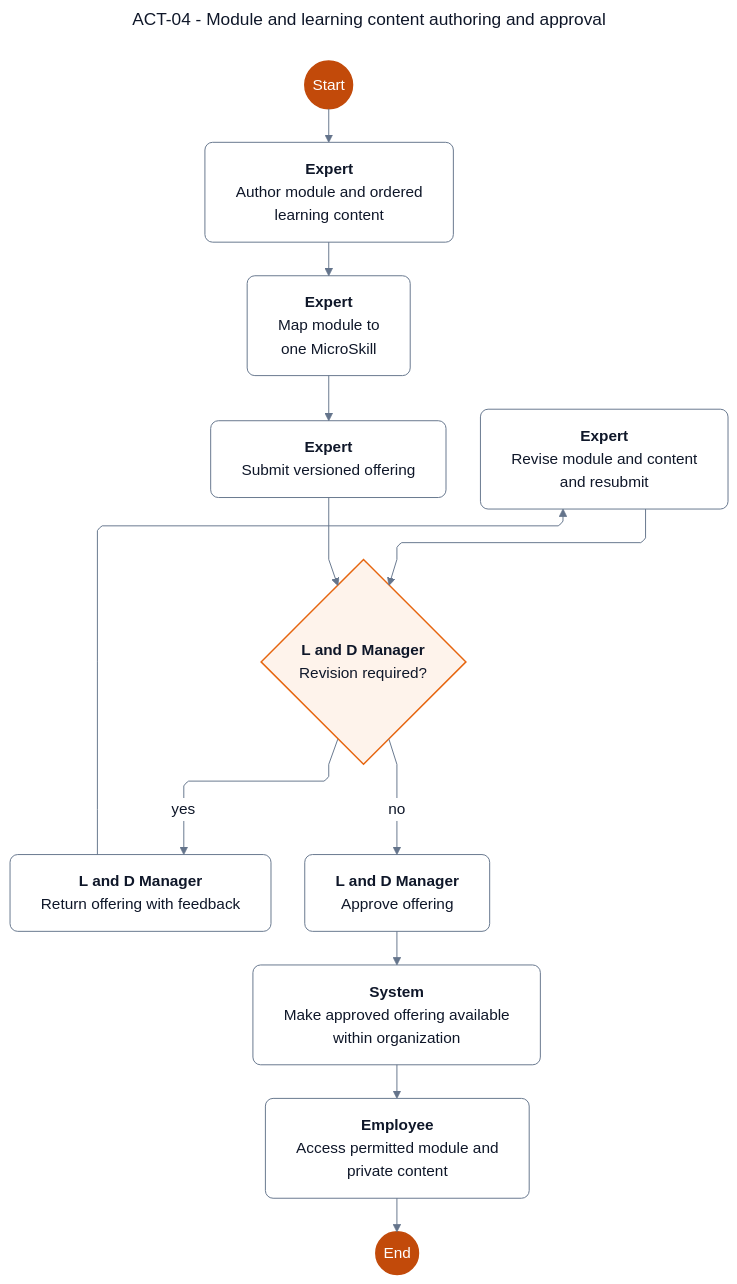
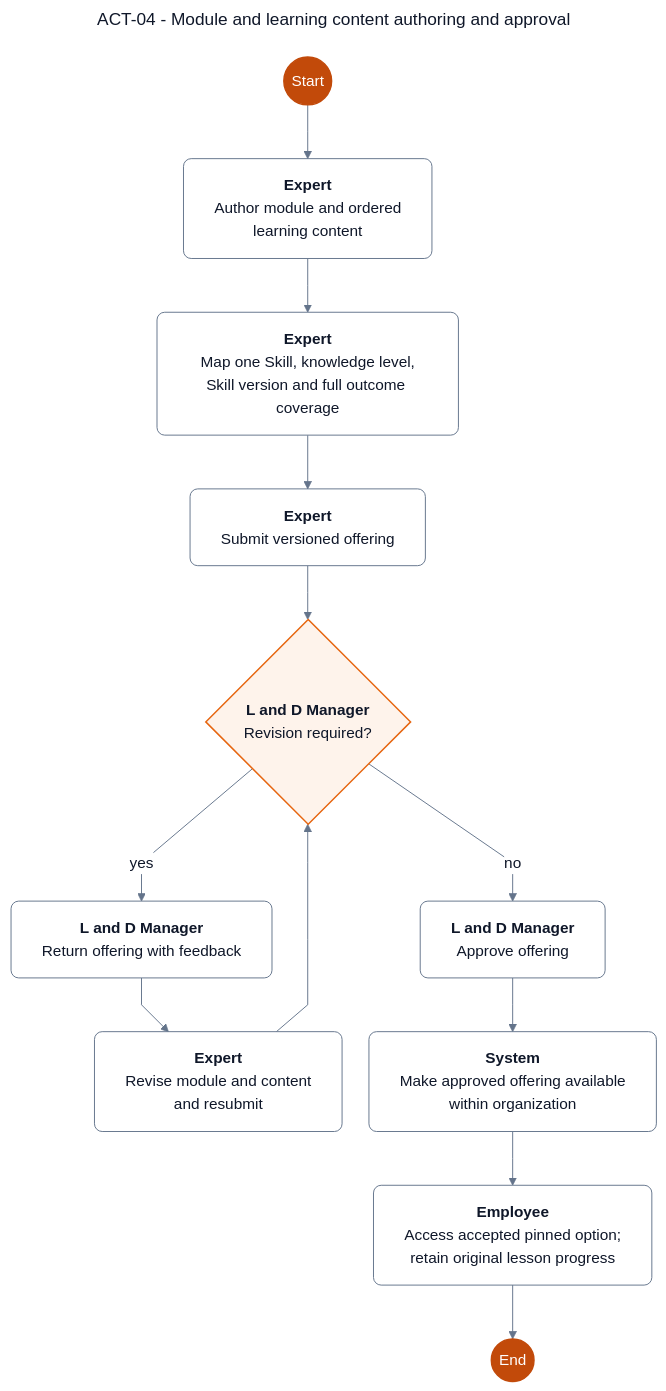
One commit to SEP490-Fall-2026-GFA26SE64/SEP490 changed the diagram in documents/diagrams/mermaid/act-04.mmd. Above: the diagram before and after it, drawn with Mermaid. The commit also changed 233 other files, not shown here.

First line of the commit message:
docs: align adaptive flow contracts and diagrams

```diff
--- a/documents/diagrams/mermaid/act-04.mmd
+++ b/documents/diagrams/mermaid/act-04.mmd
@@ -1,33 +1,34 @@
 ---
 title: "ACT-04 - Module and learning content authoring and approval"
-config: {"theme":"base","fontFamily":"Segoe UI, Arial, sans-serif","themeVariables":{"fontFamily":"Segoe UI, Arial, sans-serif","fontSize":"16px","primaryColor":"#ffffff","primaryTextColor":"#0f1729","primaryBorderColor":"#64748b","secondaryColor":"#fef3eb","tertiaryColor":"#ffffff","lineColor":"#64748b","textColor":"#0f1729","mainBkg":"#ffffff","background":"#ffffff","clusterBkg":"#ffffff","clusterBorder":"#64748b","edgeLabelBackground":"#ffffff","titleColor":"#0f1729","noteBkgColor":"#fef3eb","noteTextColor":"#0f1729","noteBorderColor":"#e6650f","secondaryBorderColor":"#64748b","tertiaryBorderColor":"#64748b","secondaryTextColor":"#0f1729","tertiaryTextColor":"#0f1729"},"layout":"elk","elk":{"mergeEdges":false,"nodePlacementStrategy":"NETWORK_SIMPLEX"},"flowchart":{"htmlLabels":true,"nodeSpacing":28,"rankSpacing":56,"curve":"linear","diagramPadding":24,"padding":16,"wrappingWidth":250}}
+config: {"theme":"base","fontFamily":"Segoe UI, Arial, sans-serif","themeVariables":{"fontFamily":"Segoe UI, Arial, sans-serif","fontSize":"16px","primaryColor":"#ffffff","primaryTextColor":"#0f1729","primaryBorderColor":"#64748b","secondaryColor":"#fef3eb","tertiaryColor":"#ffffff","lineColor":"#64748b","textColor":"#0f1729","mainBkg":"#ffffff","background":"#ffffff","clusterBkg":"#ffffff","clusterBorder":"#64748b","edgeLabelBackground":"#ffffff","titleColor":"#0f1729","noteBkgColor":"#fef3eb","noteTextColor":"#0f1729","noteBorderColor":"#e6650f","secondaryBorderColor":"#64748b","tertiaryBorderColor":"#64748b","secondaryTextColor":"#0f1729","tertiaryTextColor":"#0f1729"},"layout":"dagre","elk":{"mergeEdges":false,"nodePlacementStrategy":"NETWORK_SIMPLEX"},"flowchart":{"htmlLabels":true,"nodeSpacing":28,"rankSpacing":56,"curve":"linear","diagramPadding":24,"padding":16,"wrappingWidth":250}}
 ---
+
 flowchart TD
     SRS_ACT_04_N1(("Start"))
     SRS_ACT_04_N2["<b>Expert</b><br/>Author module and ordered<br/>learning content"]
-    SRS_ACT_04_N3["<b>Expert</b><br/>Map module to<br/>one MicroSkill"]
+    SRS_ACT_04_N3["<b>Expert</b><br/>Map one Skill, knowledge level,<br/>Skill version and full outcome coverage"]
     SRS_ACT_04_N4["<b>Expert</b><br/>Submit versioned offering"]
     SRS_ACT_04_N7["<b>Expert</b><br/>Revise module and content<br/>and resubmit"]
     SRS_ACT_04_N5{"<b>L and D Manager</b><br/>Revision required?"}
     SRS_ACT_04_N6["<b>L and D Manager</b><br/>Return offering with feedback"]
     SRS_ACT_04_N8["<b>L and D Manager</b><br/>Approve offering"]
     SRS_ACT_04_N9["<b>System</b><br/>Make approved offering available<br/>within organization"]
-    SRS_ACT_04_N10["<b>Employee</b><br/>Access permitted module and<br/>private content"]
+    SRS_ACT_04_N10["<b>Employee</b><br/>Access accepted pinned option;<br/>retain original lesson progress"]
     SRS_ACT_04_N11(("End"))
   SRS_ACT_04_N1 --> SRS_ACT_04_N2
   SRS_ACT_04_N2 --> SRS_ACT_04_N3
   SRS_ACT_04_N3 --> SRS_ACT_04_N4
   SRS_ACT_04_N4 --> SRS_ACT_04_N5
   SRS_ACT_04_N5 -->|"yes"| SRS_ACT_04_N6
   SRS_ACT_04_N6 --> SRS_ACT_04_N7
   SRS_ACT_04_N7 --> SRS_ACT_04_N5
   SRS_ACT_04_N5 -->|"no"| SRS_ACT_04_N8
   SRS_ACT_04_N8 --> SRS_ACT_04_N9
   SRS_ACT_04_N9 --> SRS_ACT_04_N10
   SRS_ACT_04_N10 --> SRS_ACT_04_N11
 
   classDef default fill:#ffffff,stroke:#64748b,color:#0f1729,stroke-width:1px,rx:8,ry:8
   classDef decision fill:#fef3eb,stroke:#e6650f,color:#0f1729,stroke-width:1.5px
   class SRS_ACT_04_N5 decision
   classDef entry fill:#c24a0a,stroke:#c24a0a,color:#ffffff,stroke-width:1.5px
   class SRS_ACT_04_N1,SRS_ACT_04_N11 entry
```
